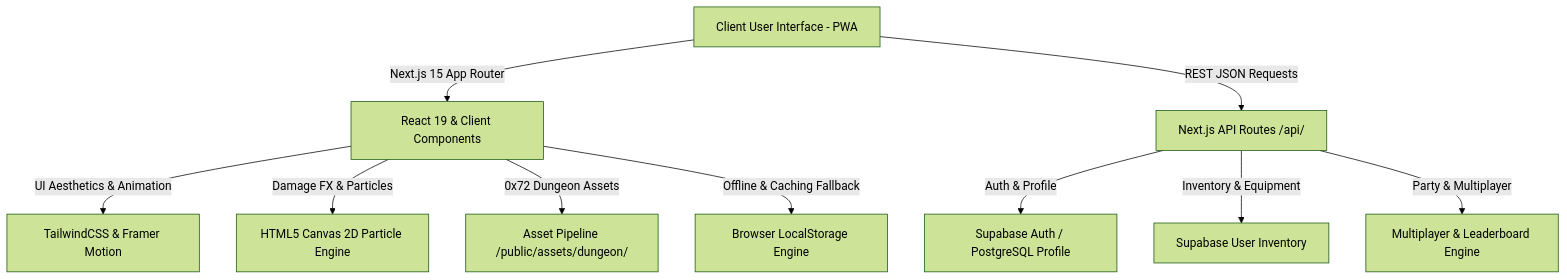
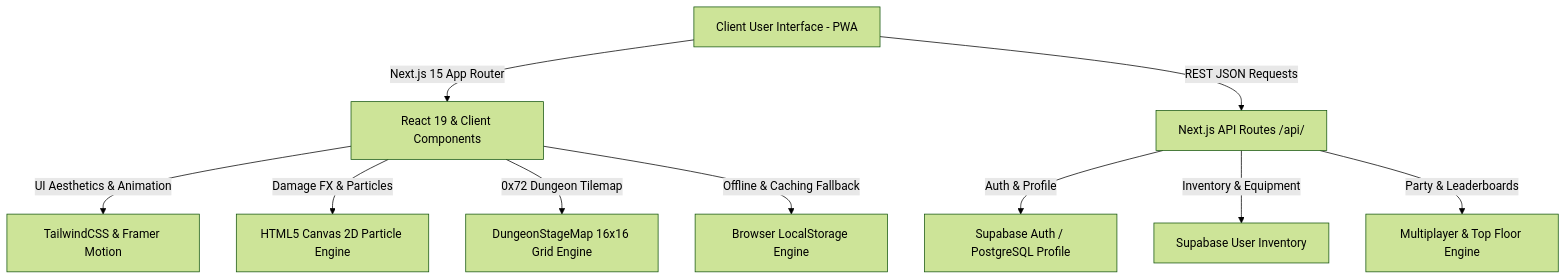
Before and after one commit to felixpalingan/IronPixels: the diagram in README.md, drawn with Mermaid (forest theme). The commit also changed other lines of this file, not shown here.

Commit message:
docs: update README.md with Infinite Dungeon Floor System, Dual Lobbies (Solo vs Party Raid 4X HP), and Top Floor Leaderboards

````diff
--- a/README.md
+++ b/README.md
@@ -33,14 +34,14 @@
 ```mermaid
 graph TD
     A[Client User Interface - PWA] -->|Next.js 15 App Router| B[React 19 & Client Components]
     B -->|UI Aesthetics & Animation| C[TailwindCSS & Framer Motion]
     B -->|Damage FX & Particles| D[HTML5 Canvas 2D Particle Engine]
-    B -->|0x72 Dungeon Assets| E[Asset Pipeline /public/assets/dungeon/]
+    B -->|0x72 Dungeon Tilemap| E[DungeonStageMap 16x16 Grid Engine]
     
     A -->|REST JSON Requests| F[Next.js API Routes /api/]
     F -->|Auth & Profile| G[Supabase Auth / PostgreSQL Profile]
     F -->|Inventory & Equipment| H[Supabase User Inventory]
-    F -->|Party & Multiplayer| I[Multiplayer & Leaderboard Engine]
+    F -->|Party & Leaderboards| I[Multiplayer & Top Floor Engine]
     
     B -->|Offline & Caching Fallback| J[Browser LocalStorage Engine]
 ```
````
